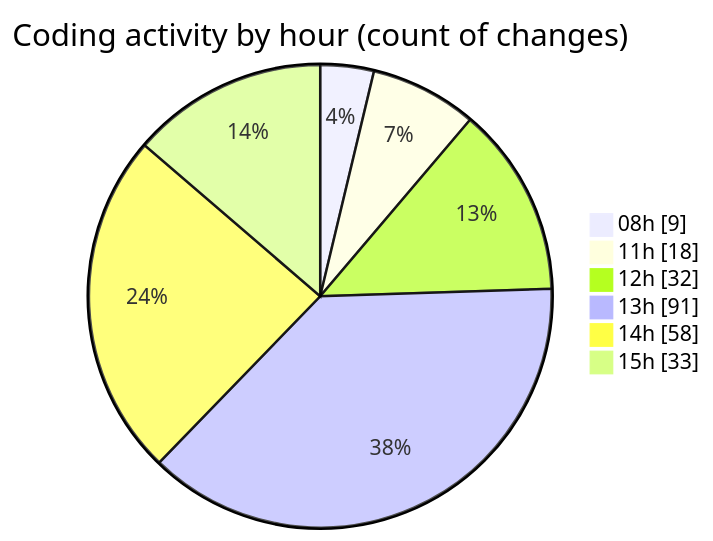
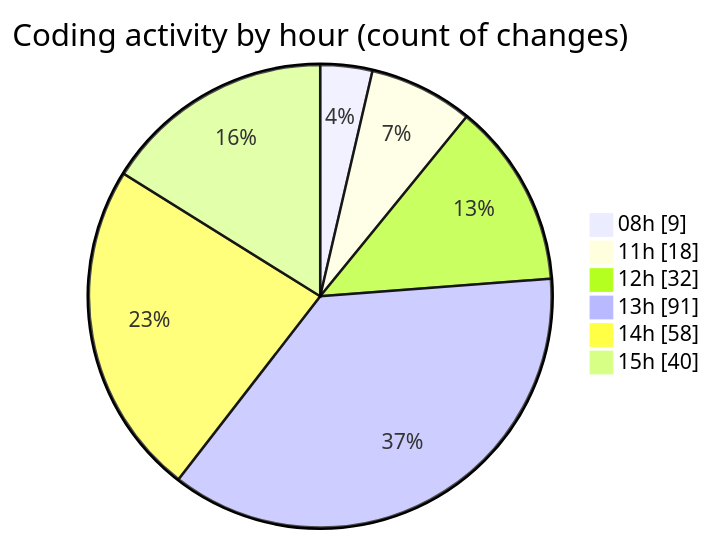
One commit to momahboobian/code-tracking changed the second of 2 diagrams in 2026-04-17/cda/README.md. Above: the diagram before and after it, drawn with Mermaid. The commit also changed other lines of this file and 1 other file, not shown here.

````diff
--- a/2026-04-17/cda/README.md
+++ b/2026-04-17/cda/README.md
@@ -72,10 +72,10 @@
 ```mermaid
 pie showData
 title Coding activity by hour (count of changes)
 "08h" : 9
 "11h" : 18
 "12h" : 32
 "13h" : 91
 "14h" : 58
-"15h" : 33
+"15h" : 40
 ```
````
